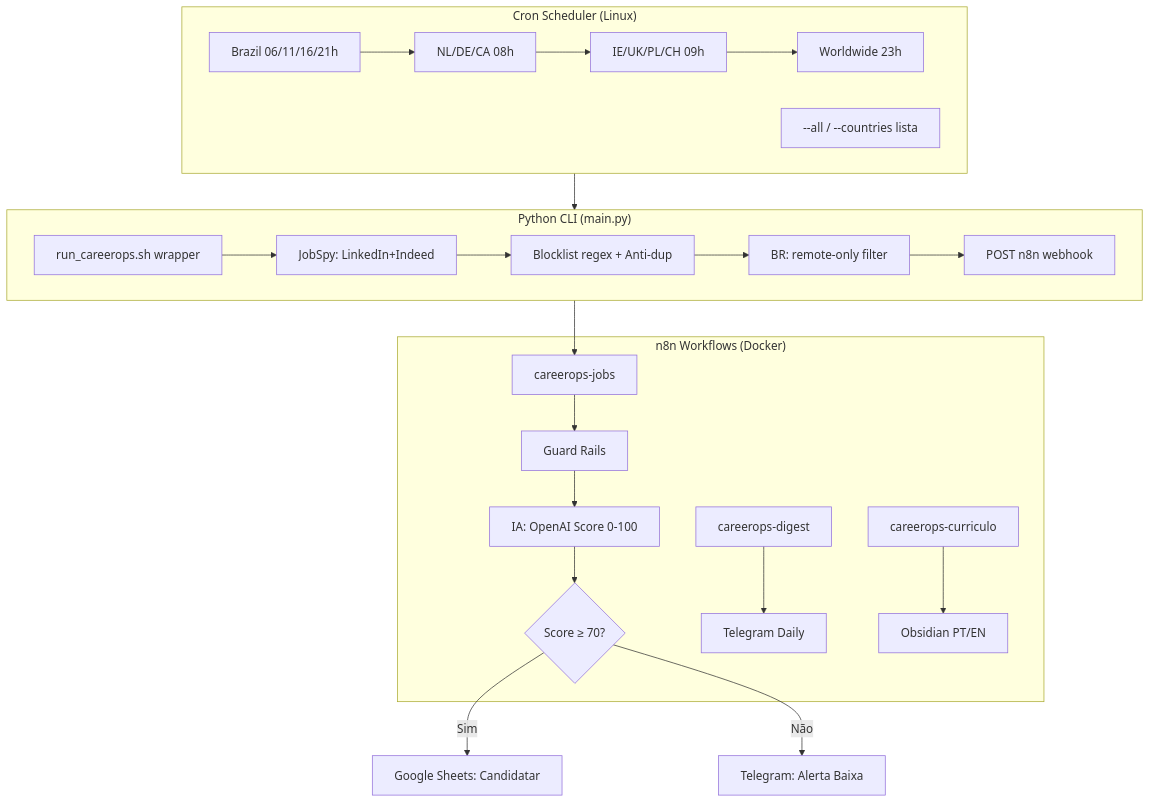
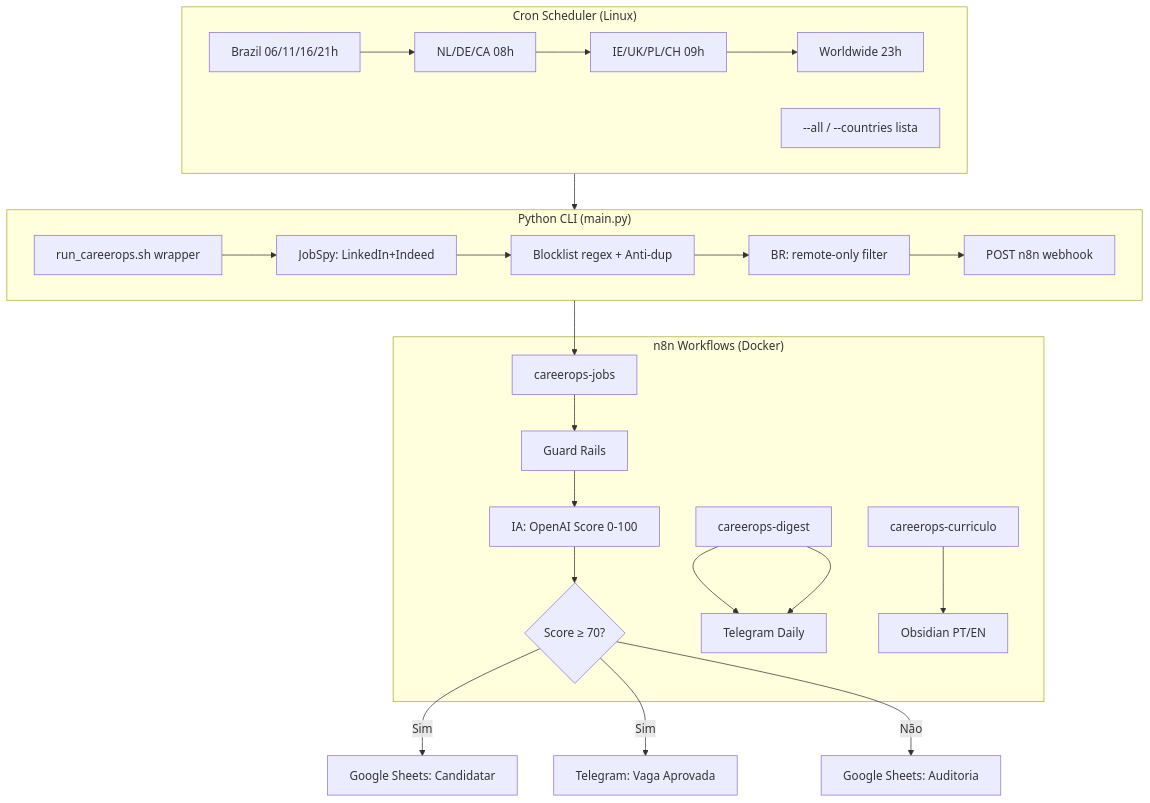
The diagram in README.md (JPCastroBR/CareerOps), drawn with Mermaid before and after one commit. The commit also changed other lines of this file and 1 other file, not shown here.

First line of the commit message:
docs: correct pipeline flow — Sheets Candidatar/Auditoria + Telegram aprovadas + digest separado

````diff
--- a/README.md
+++ b/README.md
@@ -23,29 +26,31 @@
 ```mermaid
 flowchart TD
     subgraph Sched["Cron Scheduler (Linux)"]
         C1[Brazil 06/11/16/21h] --> C2[NL/DE/CA 08h]
         C2 --> C3[IE/UK/PL/CH 09h]
         C3 --> C4[Worldwide 23h]
         C5["--all / --countries lista"]
     end
 
     subgraph CLI["Python CLI (main.py)"]
         W[run_careerops.sh wrapper] --> P[JobSpy: LinkedIn+Indeed]
         P --> F[Blocklist regex + Anti-dup]
         F --> BR[BR: remote-only filter]
         BR --> POST[POST n8n webhook]
     end
 
     subgraph N8N["n8n Workflows (Docker)"]
         J[careerops-jobs] --> GR[Guard Rails]
         GR --> IA[IA: OpenAI Score 0-100]
         IA --> R{Score ≥ 70?}
         D[careerops-digest] --> TG2[Telegram Daily]
         CU[careerops-curriculo] --> OB[Obsidian PT/EN]
     end
 
     Sched --> CLI
     CLI --> J
     R -->|Sim| SH[Google Sheets: Candidatar]
-    R -->|Não| TG1[Telegram: Alerta Baixa]
+    R -->|Sim| TG1[Telegram: Vaga Aprovada]
+    R -->|Não| AU[Google Sheets: Auditoria]
+    D --> TG2
 ```
````
